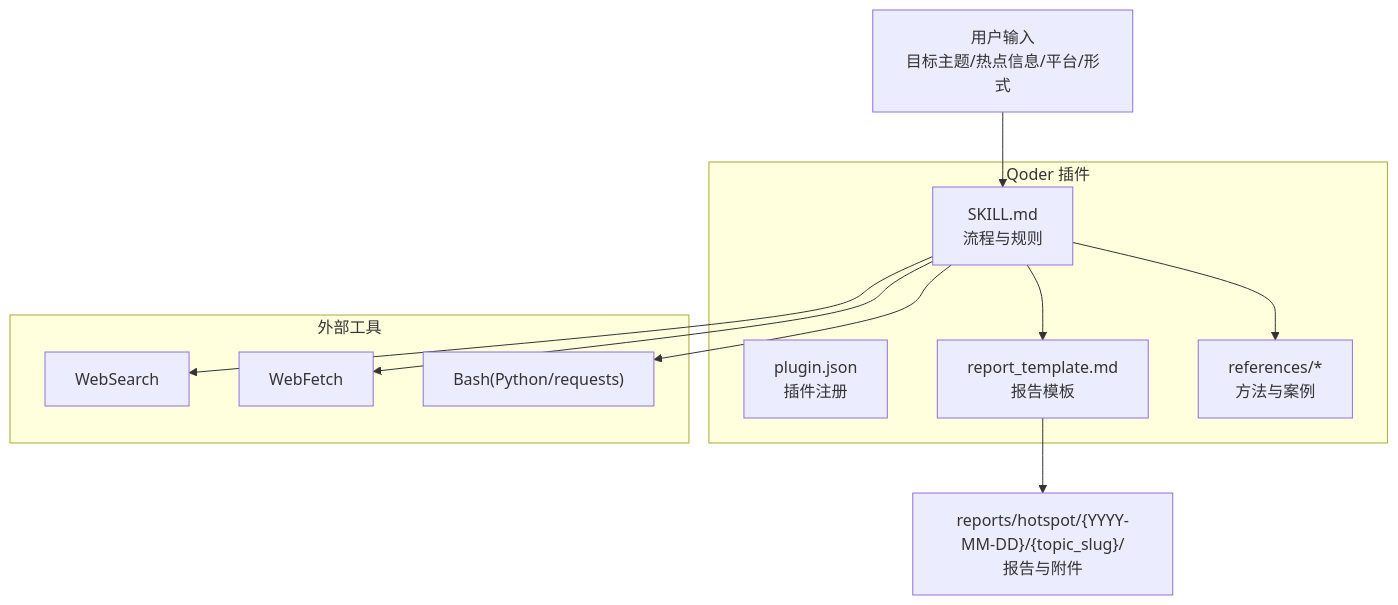
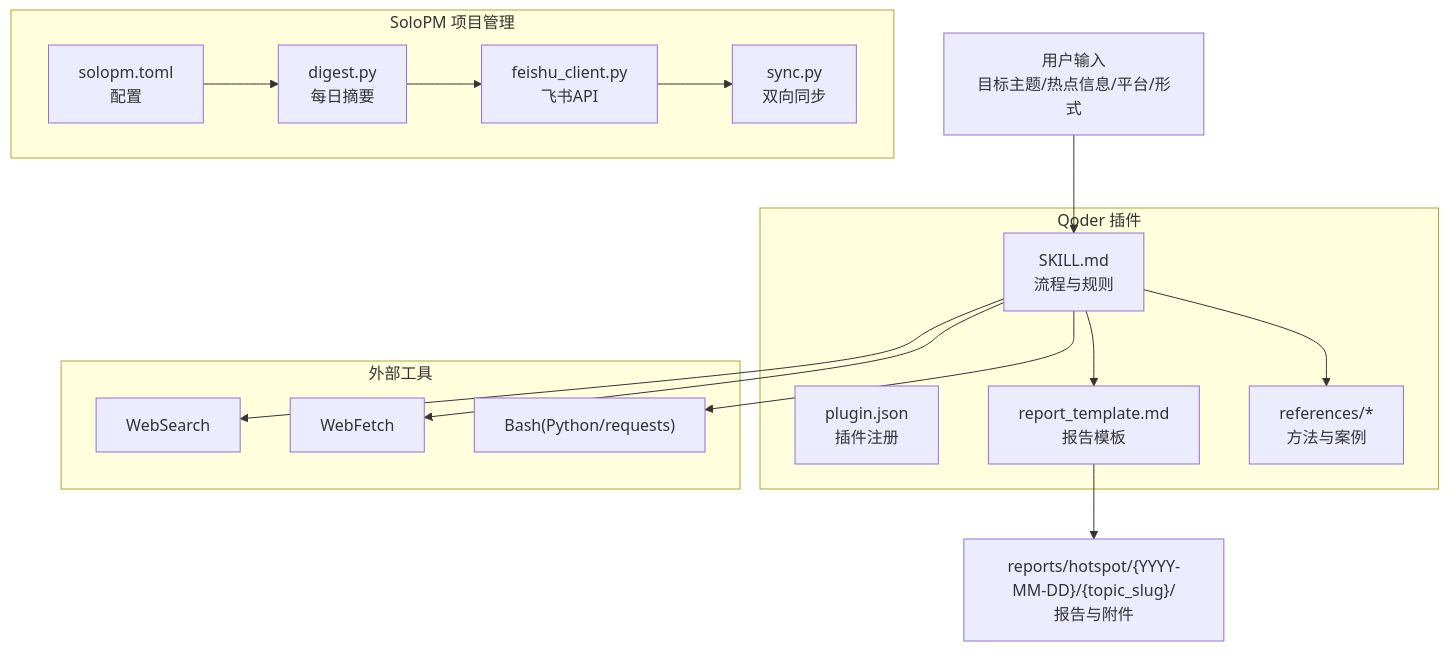
One commit to John198912/hermes_workspace changed the second of 9 diagrams in .qoder/repowiki/zh/content/项目概述.md. Above: the diagram before and after it, drawn with Mermaid. The commit also changed other lines of this file and 3 other files, not shown here.

````diff
--- a/.qoder/repowiki/zh/content/项目概述.md
+++ b/.qoder/repowiki/zh/content/项目概述.md
@@ -83,21 +105,30 @@
 ```mermaid
 graph TB
 subgraph "Qoder 插件"
 P["plugin.json<br/>插件注册"]
 S["SKILL.md<br/>流程与规则"]
 T["report_template.md<br/>报告模板"]
 R["references/*<br/>方法与案例"]
 end
+subgraph "SoloPM 项目管理"
+D["digest.py<br/>每日摘要"]
+F["feishu_client.py<br/>飞书API"]
+SY["sync.py<br/>双向同步"]
+C["solopm.toml<br/>配置"]
+end
 subgraph "外部工具"
 W["WebSearch"]
-F["WebFetch"]
+FET["WebFetch"]
 B["Bash(Python/requests)"]
 end
 U["用户输入<br/>目标主题/热点信息/平台/形式"] --> S
 S --> W
-S --> F
+S --> FET
 S --> B
 S --> T
 S --> R
 T --> O["reports/hotspot/{YYYY-MM-DD}/{topic_slug}/<br/>报告与附件"]
+D --> F
+F --> SY
+C --> D
 ```
````
